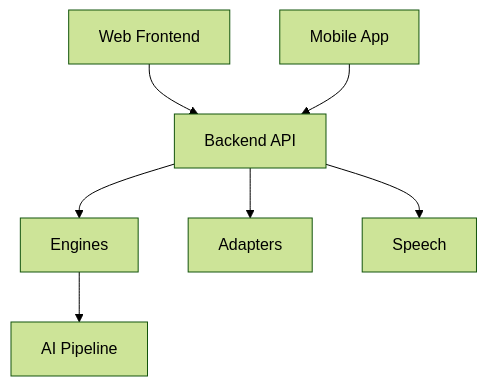
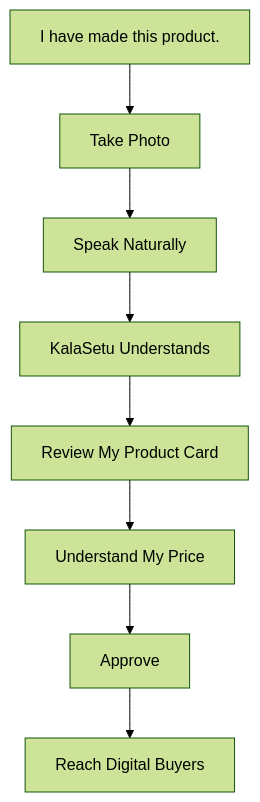
One commit to noNameDS09/SIH2K26 changed the third of 3 diagrams in README.md. Above: the diagram before and after it, drawn with Mermaid (forest theme). The commit also changed other lines of this file and 1 other file, not shown here.

Commit message:
feat: add technical architecture diagram to documentation

````diff
--- a/README.md
+++ b/README.md
@@ -122,11 +928,20 @@
 ```mermaid
 flowchart TD
-    A[Web Frontend] --> C[Backend API]
-    B[Mobile App] --> C
 
-    C --> D[Engines]
-    C --> E[Adapters]
-    C --> F[Speech]
+    A["I have made this product."]
+    B["Take Photo"]
+    C["Speak Naturally"]
+    D["KalaSetu Understands"]
+    E["Review My Product Card"]
+    F["Understand My Price"]
+    G["Approve"]
+    H["Reach Digital Buyers"]
 
-    D --> G[AI Pipeline]
+    A --> B
+    B --> C
+    C --> D
+    D --> E
+    E --> F
+    F --> G
+    G --> H
 ```
````
